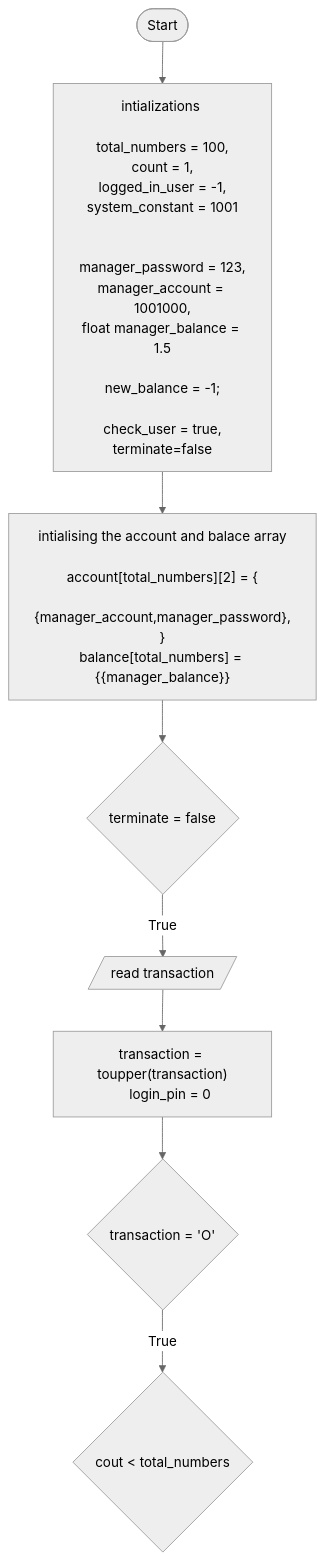
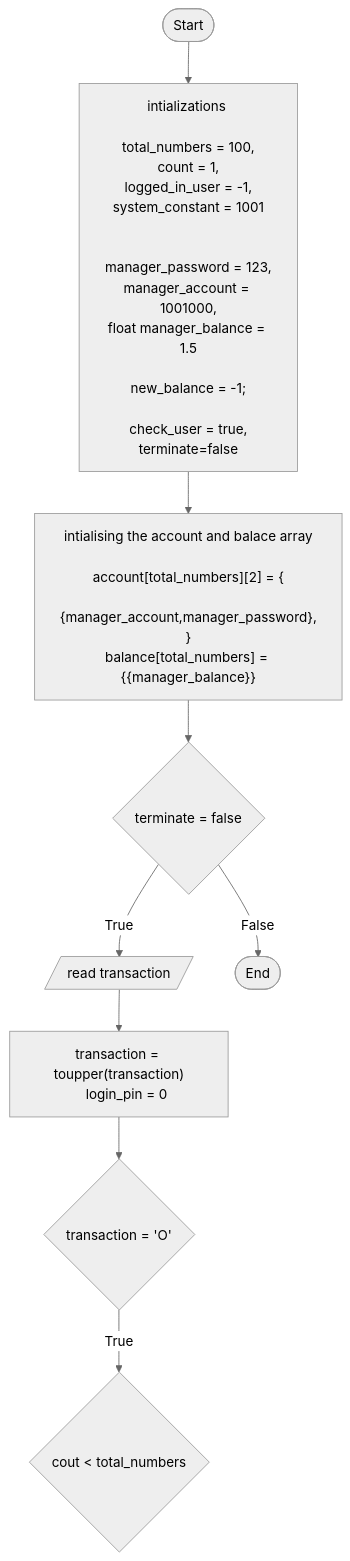
The first of 2 diagrams in FoP I/flowchart.md (Ludis-ET/Bank-Account), drawn with Mermaid (neutral theme) before and after one commit.

Commit message:
adding the end

````diff
--- a/FoP I/flowchart.md
+++ b/FoP I/flowchart.md
@@ -1,47 +1,48 @@
 ```mermaid
     flowchart TD;
     A([Start])-->B["
     intializations 
 
     total_numbers = 100,
     count = 1,
     logged_in_user = -1,
     system_constant = 1001
 
 
     manager_password = 123,
     manager_account = 1001000,
     float manager_balance = 1.5
     
     new_balance = -1;
 
     check_user = true,
     terminate=false
     
     "];
 
 
     B-->C["
     
     intialising the account and balace array
 
     account[total_numbers][2] = {
         {manager_account,manager_password},
     }
     balance[total_numbers] = {{manager_balance}}
 
     "];
 
 
     C-->D{terminate = false}
     D -->|True| E[/read transaction/]
+    D -->|False| E1([End]);
     E -->F["
         transaction = toupper(transaction)
         login_pin = 0
     "]
     F --> G{transaction = 'O'}
     G --> |True| G1{cout < total_numbers}
 
 
     
 ```
````
